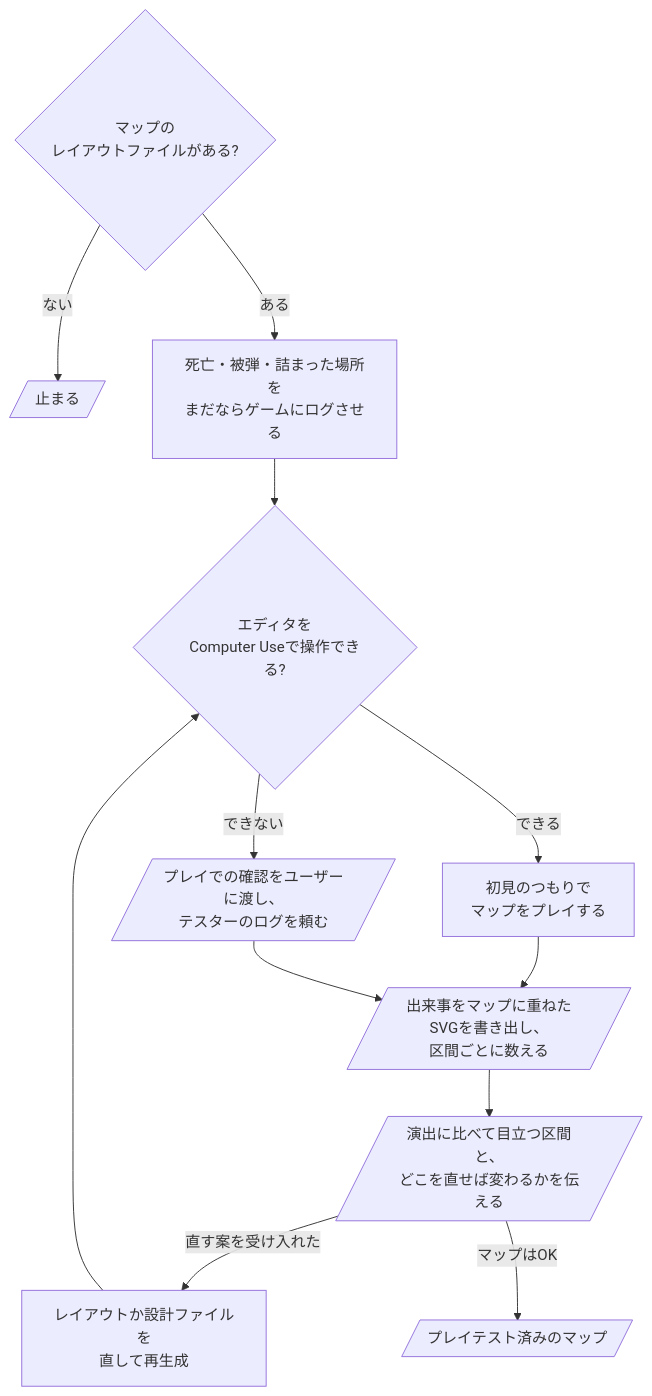
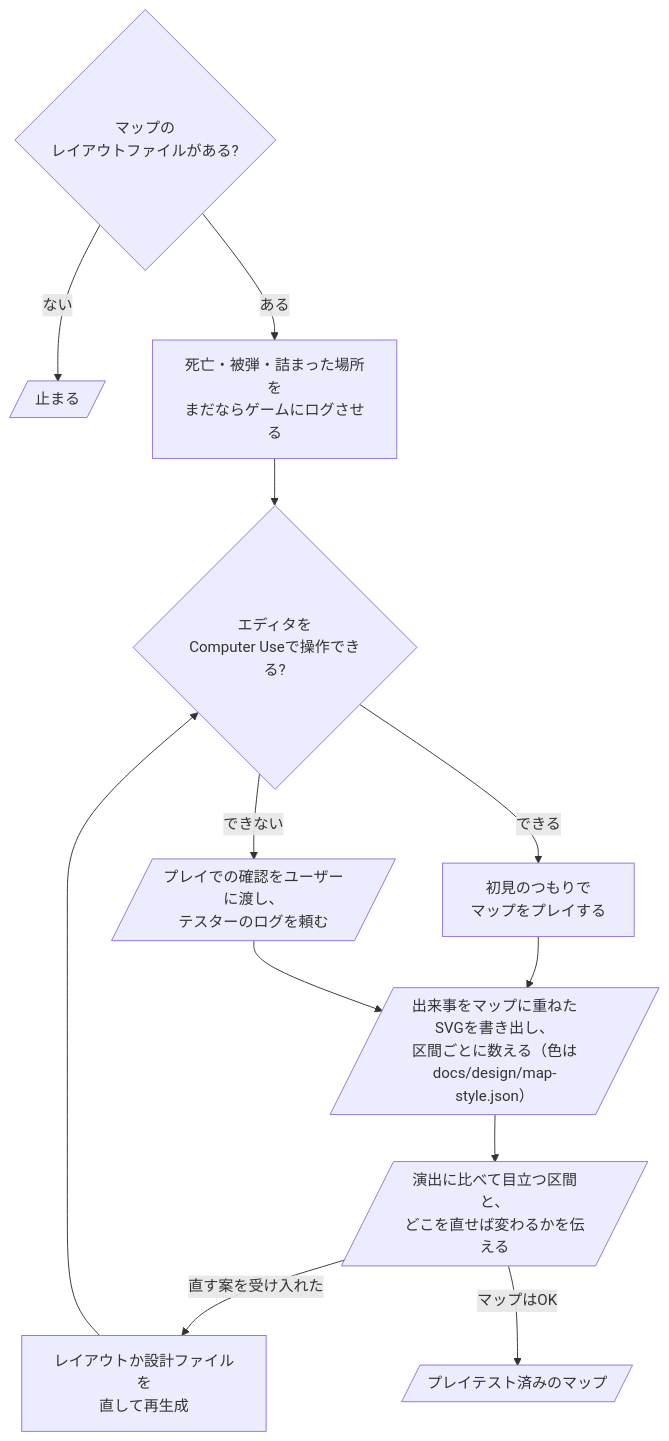
One commit to omni-stove/skill-kit changed the diagram in domains/game/skills/playtest/README.ja.md. Above: the diagram before and after it, drawn with Mermaid. The commit also changed 19 other files, not shown here.

````diff
--- a/domains/game/skills/playtest/README.ja.md
+++ b/domains/game/skills/playtest/README.ja.md
@@ -3,15 +3,15 @@
 ```mermaid
 flowchart TD
   start{マップの<br/>レイアウトファイルがある?}
   start -- "ない" --> stop[/止まる/]
   start -- "ある" --> log[死亡・被弾・詰まった場所を<br/>まだならゲームにログさせる]
   log --> how{エディタを<br/>Computer Useで操作できる?}
   how -- "できる" --> play[初見のつもりで<br/>マップをプレイする]
   how -- "できない" --> hand[/プレイでの確認をユーザーに渡し、<br/>テスターのログを頼む/]
   play --> heat
-  hand --> heat[/出来事をマップに重ねたSVGを書き出し、<br/>区間ごとに数える/]
+  hand --> heat[/出来事をマップに重ねたSVGを書き出し、<br/>区間ごとに数える（色は<br/>docs/design/map-style.json）/]
   heat --> weigh[/演出に比べて目立つ区間と、<br/>どこを直せば変わるかを伝える/]
   weigh -- "直す案を受け入れた" --> fix[レイアウトか設計ファイルを<br/>直して再生成]
   fix --> how
   weigh -- "マップはOK" --> done[/プレイテスト済みのマップ/]
 ```
````
